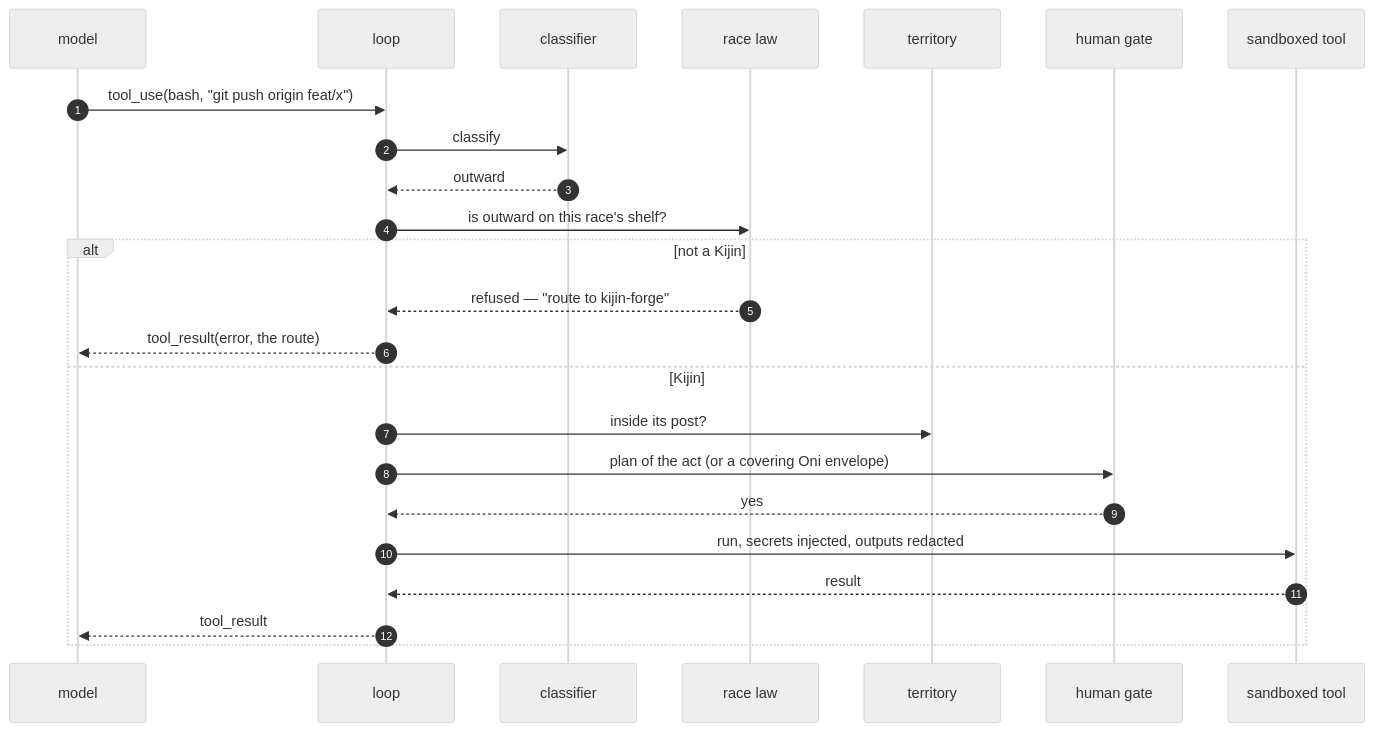
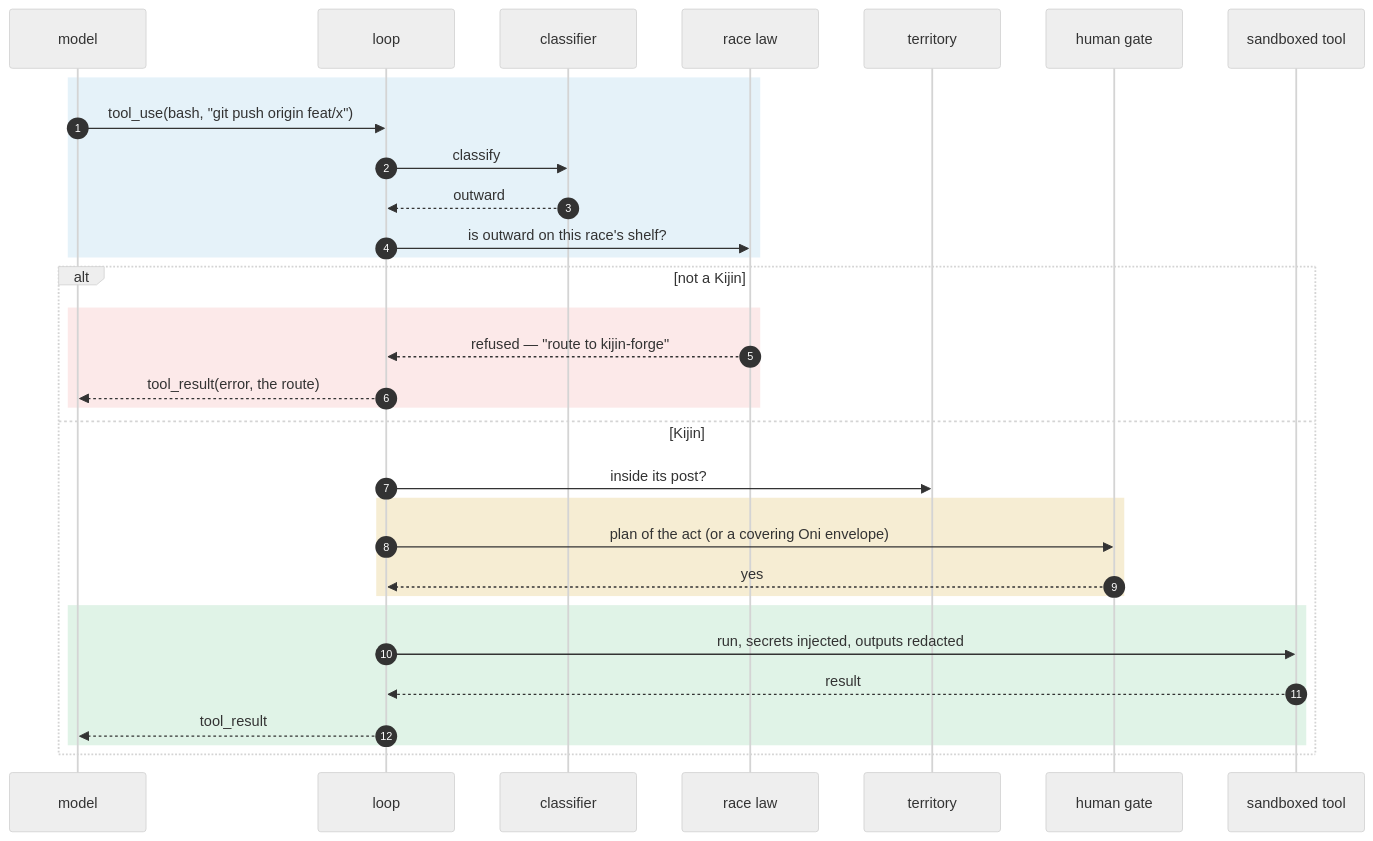
Before and after one commit to Kaginari/mnemorph: the second of 2 diagrams in docs/03-loop.md, drawn with Mermaid. The commit also changed other lines of this file and 9 other files, not shown here.

Commit message:
docs: colour in every diagram — one palette, a colour per race, phases in sequence diagrams, labels no longer clipped; the MCP page keeps its diagram only

````diff
--- a/docs/03-loop.md
+++ b/docs/03-loop.md
@@ -46,31 +56,41 @@
 ```mermaid
 ---
 config:
   look: handDrawn
   theme: neutral
+  flowchart:
+    wrappingWidth: 360
 ---
 sequenceDiagram
     autonumber
     participant M as model
     participant L as loop
     participant C as classifier
     participant R as race law
     participant T as territory
     participant H as human gate
     participant X as sandboxed tool
+    rect rgba(2,132,199,0.10)
     M->>L: tool_use(bash, "git push origin feat/x")
     L->>C: classify
     C-->>L: outward
     L->>R: is outward on this race's shelf?
+    end
     alt not a Kijin
+      rect rgba(220,38,38,0.10)
       R-->>L: refused — "route to kijin-forge"
       L-->>M: tool_result(error, the route)
+      end
     else Kijin
       L->>T: inside its post?
+      rect rgba(212,175,55,0.22)
       L->>H: plan of the act (or a covering Oni envelope)
       H-->>L: yes
+      end
+      rect rgba(22,163,74,0.13)
       L->>X: run, secrets injected, outputs redacted
       X-->>L: result
       L-->>M: tool_result
+      end
     end
 ```
````
